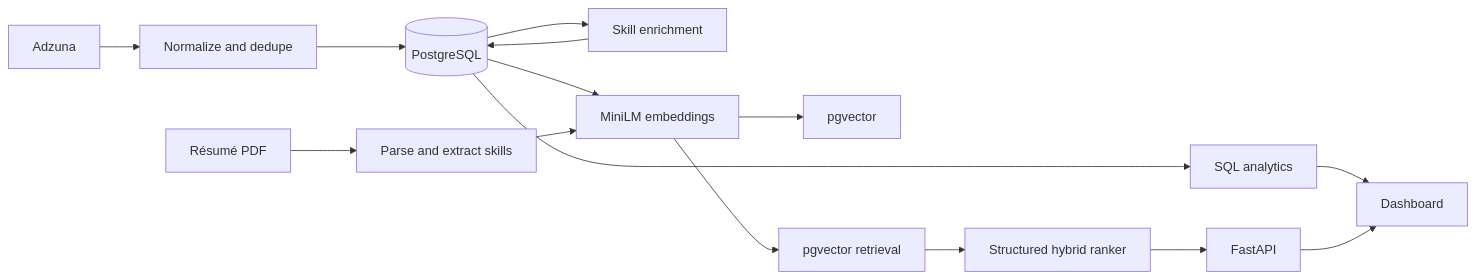
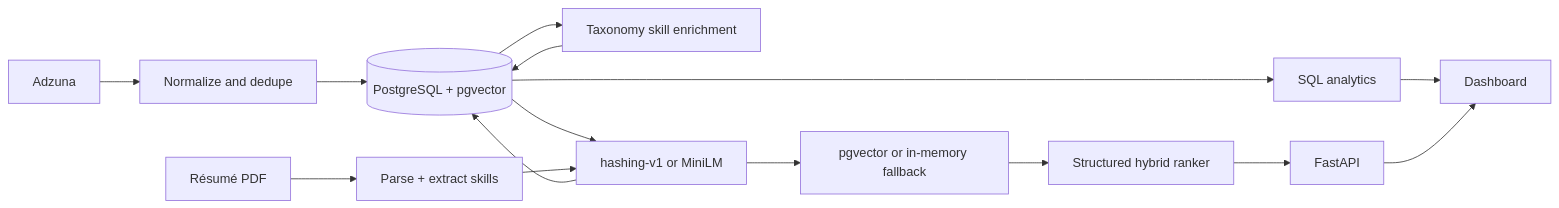
The diagram in README.md (MohnishOnGitHub/job-market-intel), drawn with Mermaid before and after one commit. The commit also changed other lines of this file, not shown here.

````diff
--- a/README.md
+++ b/README.md
@@ -24,19 +39,19 @@
 ```mermaid
 flowchart LR
   Adzuna --> Ingest[Normalize and dedupe]
-  Ingest --> PG[(PostgreSQL)]
-  PG --> Enrich[Skill enrichment]
+  Ingest --> PG[(PostgreSQL + pgvector)]
+  PG --> Enrich[Taxonomy skill enrichment]
   Enrich --> PG
-  PG --> MiniLM[MiniLM embeddings]
-  MiniLM --> Vectors[pgvector]
+  PG --> Embed[hashing-v1 or MiniLM]
+  Embed --> PG
 
-  Resume[Résumé PDF] --> Parse[Parse and extract skills]
-  Parse --> MiniLM
-  MiniLM --> Retrieve[pgvector retrieval]
+  Resume[Résumé PDF] --> Parse[Parse + extract skills]
+  Parse --> Embed
+  Embed --> Retrieve[pgvector or in-memory fallback]
   Retrieve --> Hybrid[Structured hybrid ranker]
   Hybrid --> API[FastAPI]
 
   PG --> Analytics[SQL analytics]
   Analytics --> Dash[Dashboard]
   API --> Dash
 ```
````
